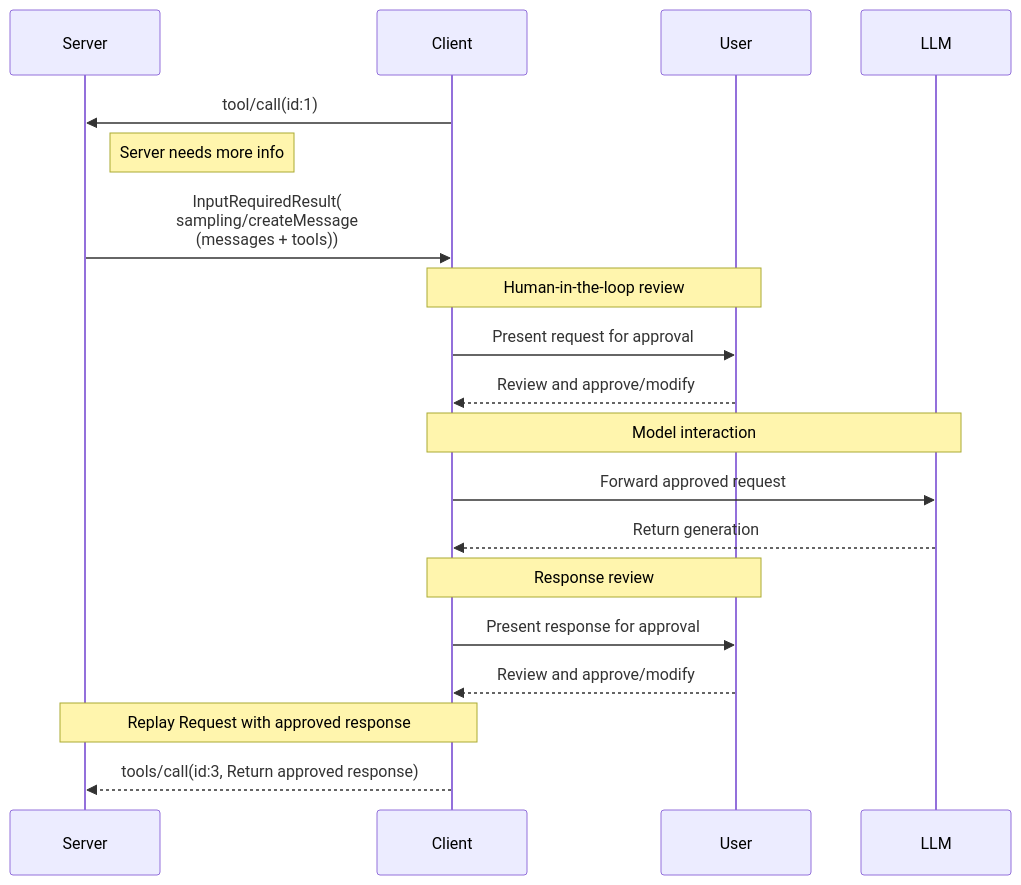
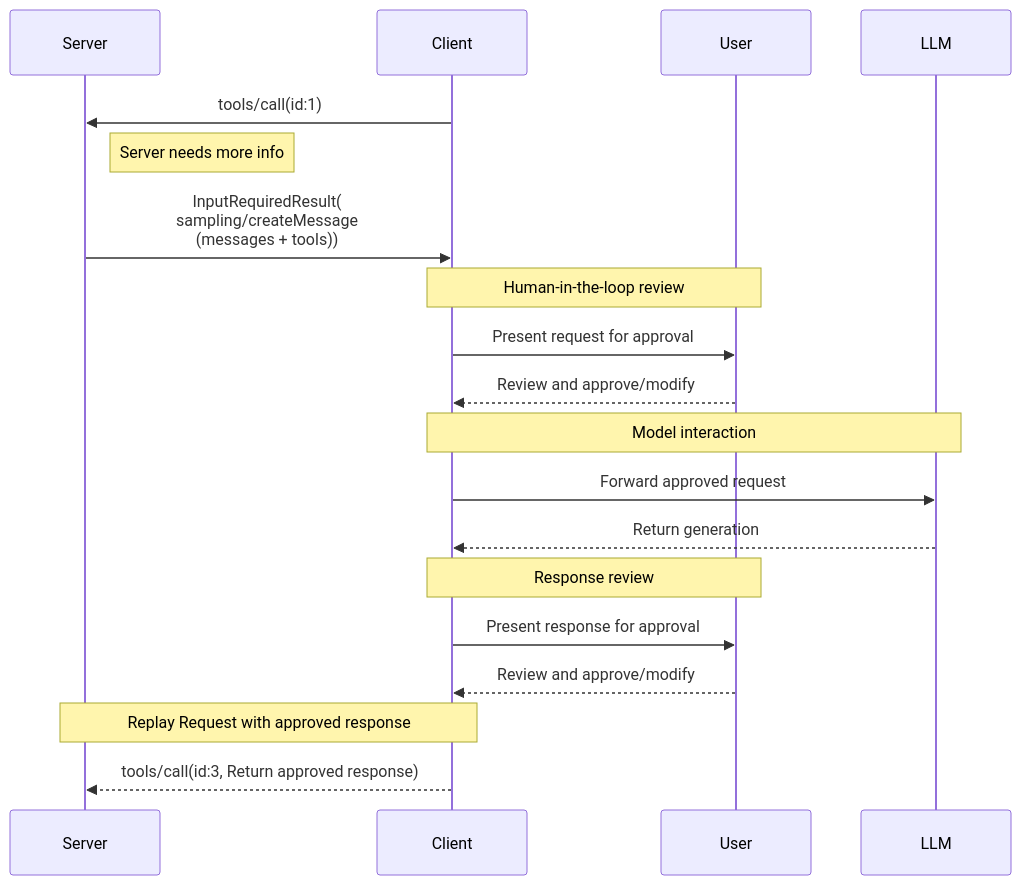
Before and after one commit to NickCollect/ai-coding-runbook: the second of 2 diagrams in 01_Raw/github/modelcontextprotocol/modelcontextprotocol/docs/specification/draft/client/sampling.mdx, drawn with Mermaid. The commit also changed other lines of this file and 129 other files, not shown here.

````diff
--- a/01_Raw/github/modelcontextprotocol/modelcontextprotocol/docs/specification/draft/client/sampling.mdx
+++ b/01_Raw/github/modelcontextprotocol/modelcontextprotocol/docs/specification/draft/client/sampling.mdx
@@ -498,26 +484,26 @@
 ```mermaid
 sequenceDiagram
     participant Server
     participant Client
     participant User
     participant LLM
 
-    Client->>Server: tool/call(id:1)
+    Client->>Server: tools/call(id:1)
     note right of Server: Server needs more info
     Server->>Client: InputRequiredResult(<br/>sampling/createMessage<br/>(messages + tools))
 
     Note over Client,User: Human-in-the-loop review
     Client->>User: Present request for approval
     User-->>Client: Review and approve/modify
 
     Note over Client,LLM: Model interaction
     Client->>LLM: Forward approved request
     LLM-->>Client: Return generation
 
     Note over Client,User: Response review
     Client->>User: Present response for approval
     User-->>Client: Review and approve/modify
 
     Note over Server,Client: Replay Request with approved response
     Client-->>Server: tools/call(id:3, Return approved response)
 ```
````
